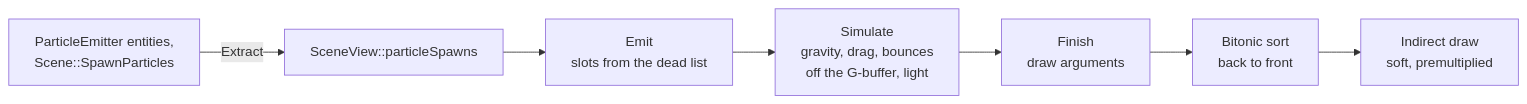
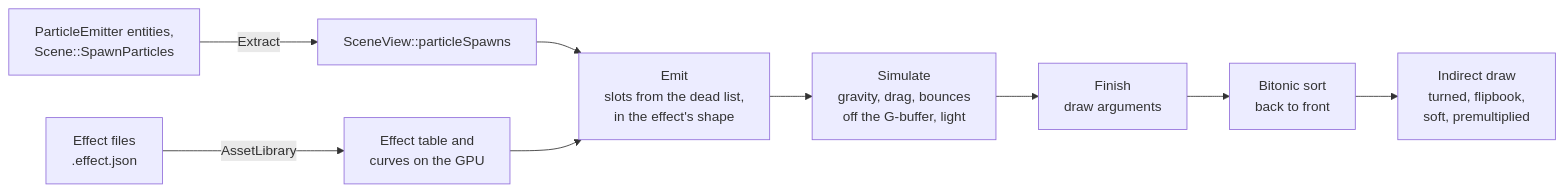
One commit to SBXdev3D/daidalos-engine-next changed diagram 13 of 13 in docs/ARCHITECTURE.md. Above: the diagram before and after it, drawn with Mermaid. The commit also changed other lines of this file and 46 other files, not shown here.

````diff
--- a/docs/ARCHITECTURE.md
+++ b/docs/ARCHITECTURE.md
@@ -293,9 +293,11 @@
 ```mermaid
 flowchart LR
+    F["Effect files<br/>.effect.json"] -->|"AssetLibrary"| R["Effect table and<br/>curves on the GPU"]
     E["ParticleEmitter entities,<br/>Scene::SpawnParticles"] -->|"Extract"| V["SceneView::particleSpawns"]
-    V --> EM["Emit<br/>slots from the dead list"]
+    V --> EM["Emit<br/>slots from the dead list,<br/>in the effect's shape"]
+    R --> EM
     EM --> SI["Simulate<br/>gravity, drag, bounces<br/>off the G-buffer, light"]
     SI --> FI["Finish<br/>draw arguments"]
     FI --> SO["Bitonic sort<br/>back to front"]
-    SO --> D["Indirect draw<br/>soft, premultiplied"]
+    SO --> D["Indirect draw<br/>turned, flipbook,<br/>soft, premultiplied"]
 ```
````
